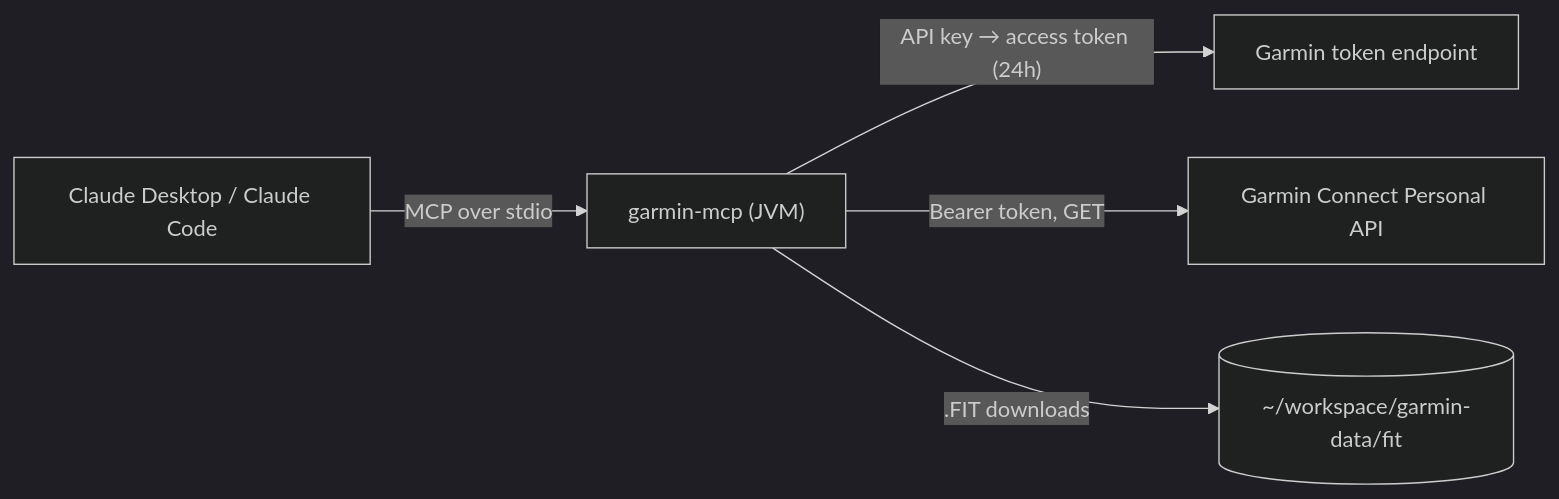
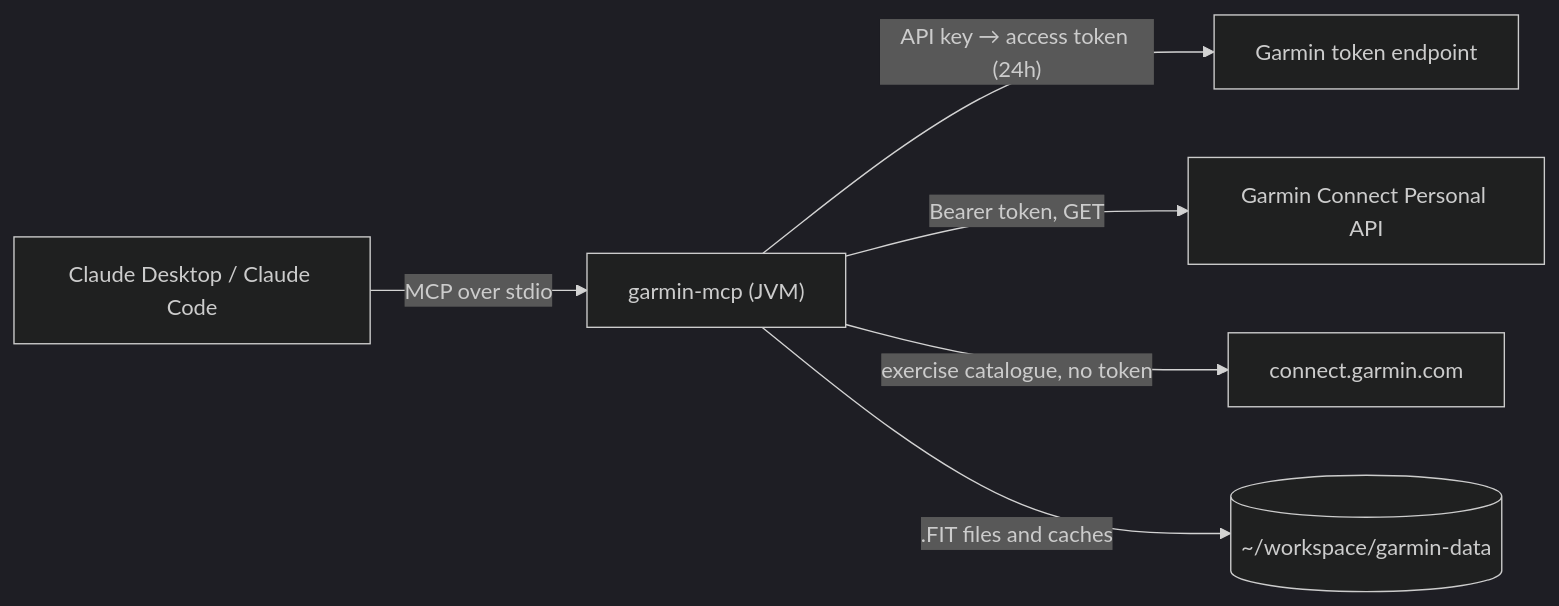
Before and after one commit to indaco/garmin-mcp: the diagram in README.md, drawn with Mermaid (dark theme). The commit also changed other lines of this file and 1 other file, not shown here.

````diff
--- a/README.md
+++ b/README.md
@@ -22,7 +22,8 @@
 ```mermaid
 flowchart LR
     C["Claude Desktop / Claude Code"] -- "MCP over stdio" --> S["garmin-mcp (JVM)"]
     S -- "API key → access token (24h)" --> T["Garmin token endpoint"]
     S -- "Bearer token, GET" --> G["Garmin Connect Personal API"]
-    S -- ".FIT downloads" --> F[("~/workspace/garmin-data/fit")]
+    S -- "exercise catalogue, no token" --> E["connect.garmin.com"]
+    S -- ".FIT files and caches" --> F[("~/workspace/garmin-data")]
 ```
````
